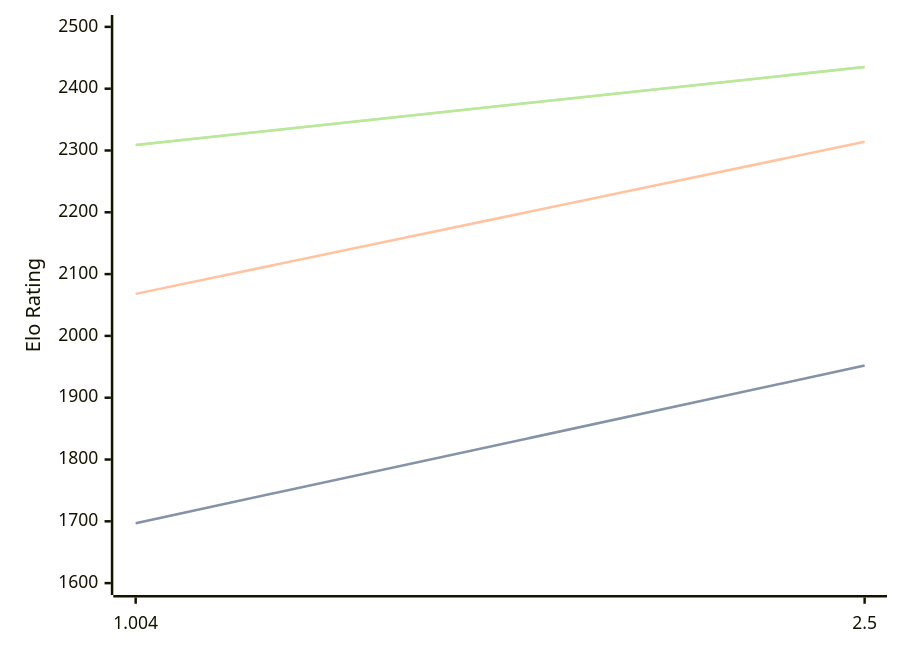
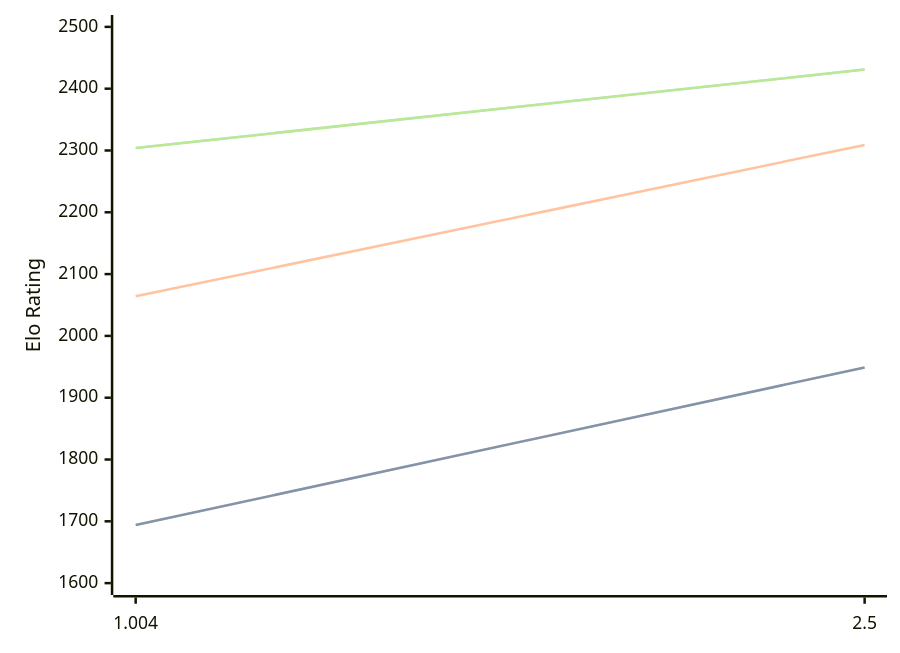
One commit to computer-chess-index/cci changed the third of 3 diagrams in engines/Ares.md. Above: the diagram before and after it, drawn with Mermaid. The commit also changed other lines of this file, not shown here.

Commit message:
Update CCI Ratings (ELO VLTC) - 2026-07-16

````diff
--- a/engines/Ares.md
+++ b/engines/Ares.md
@@ -65,11 +65,11 @@
 ```mermaid
 %%{init: {"theme":"base","themeVariables":{"seriesColors:['#a3a3a3','#222221','#faa371']}}}%%
 xychart-beta
   x-axis ["1.004", "2.5"]
   y-axis "Elo Rating" 1600 --> 2500
-  line "STC (8.0+0.08s)" [1697, 1952]
-  line "STC (8.0+0.08s)" [1697, 1952]
-  line "LTC (60.0+0.60s)" [2068, 2314]
-  line "VLTC (2m24s+1.12s)" [2309, 2435]
-  line "VLTC (2m24s+1.12s)" [2309, 2435]
+  line "STC (8.0+0.08s)" [1694, 1949]
+  line "STC (8.0+0.08s)" [1694, 1949]
+  line "LTC (60.0+0.60s)" [2064, 2309]
+  line "VLTC (2m24s+1.12s)" [2304, 2431]
+  line "VLTC (2m24s+1.12s)" [2304, 2431]
 ```
````
